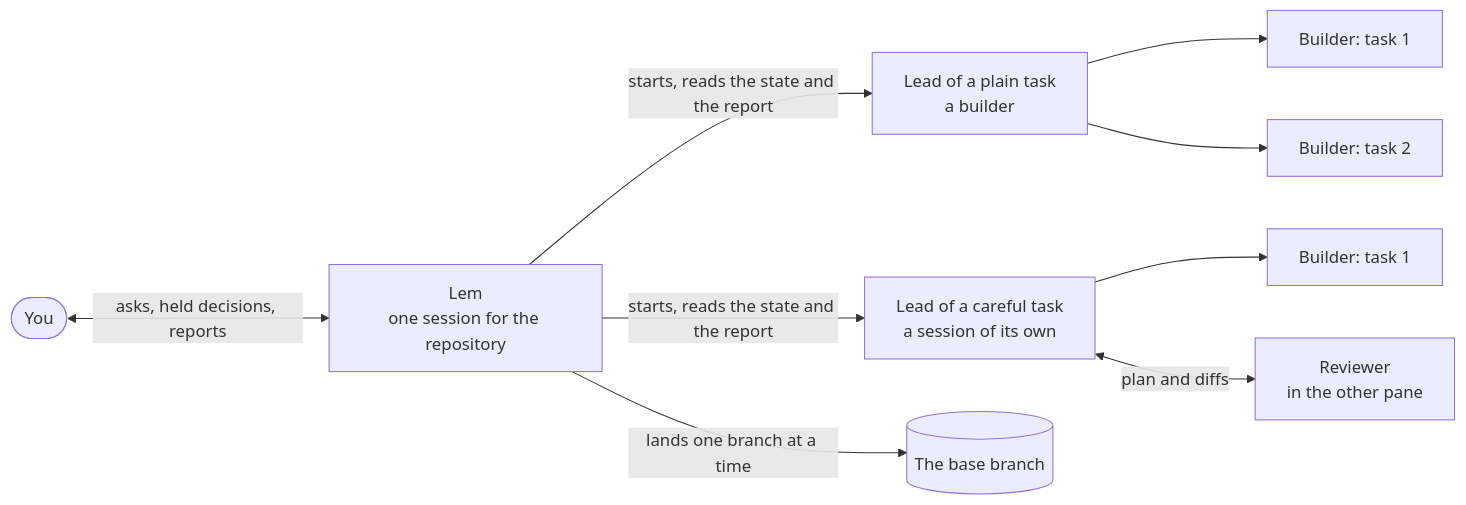
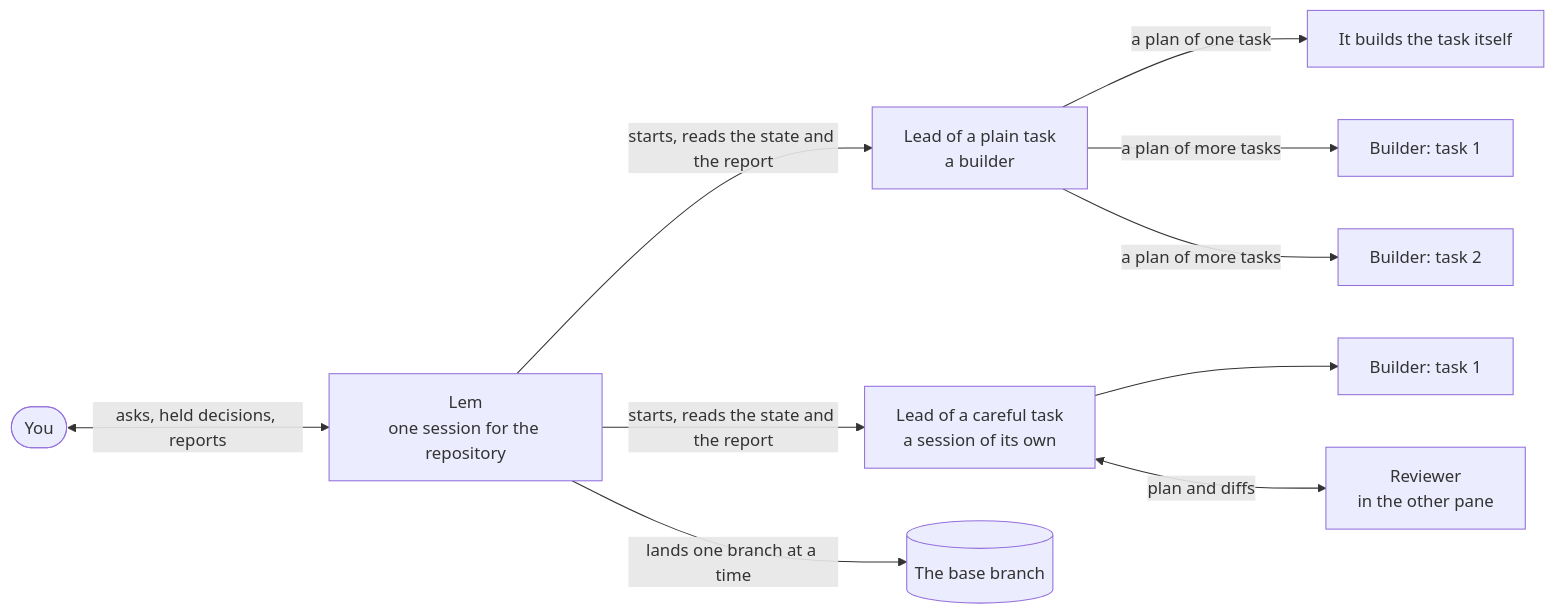
Before and after one commit to pySilver/lem: the second of 3 diagrams in README.md, drawn with Mermaid. The commit also changed other lines of this file, not shown here.

````diff
--- a/README.md
+++ b/README.md
@@ -89,11 +96,12 @@
 ```mermaid
 flowchart LR
     you([You]) <-- asks, held decisions, reports --> lem[Lem<br/>one session for the repository]
     lem -- starts, reads the state and the report --> leadA[Lead of a plain task<br/>a builder]
     lem -- starts, reads the state and the report --> leadB[Lead of a careful task<br/>a session of its own]
-    leadA --> b1[Builder: task 1]
-    leadA --> b2[Builder: task 2]
+    leadA -- a plan of one task --> self[It builds the task itself]
+    leadA -- a plan of more tasks --> b1[Builder: task 1]
+    leadA -- a plan of more tasks --> b2[Builder: task 2]
     leadB --> b3[Builder: task 1]
     leadB <-- plan and diffs --> rev[Reviewer<br/>in the other pane]
     lem -- lands one branch at a time --> basebranch[(The base branch)]
 ```
````
